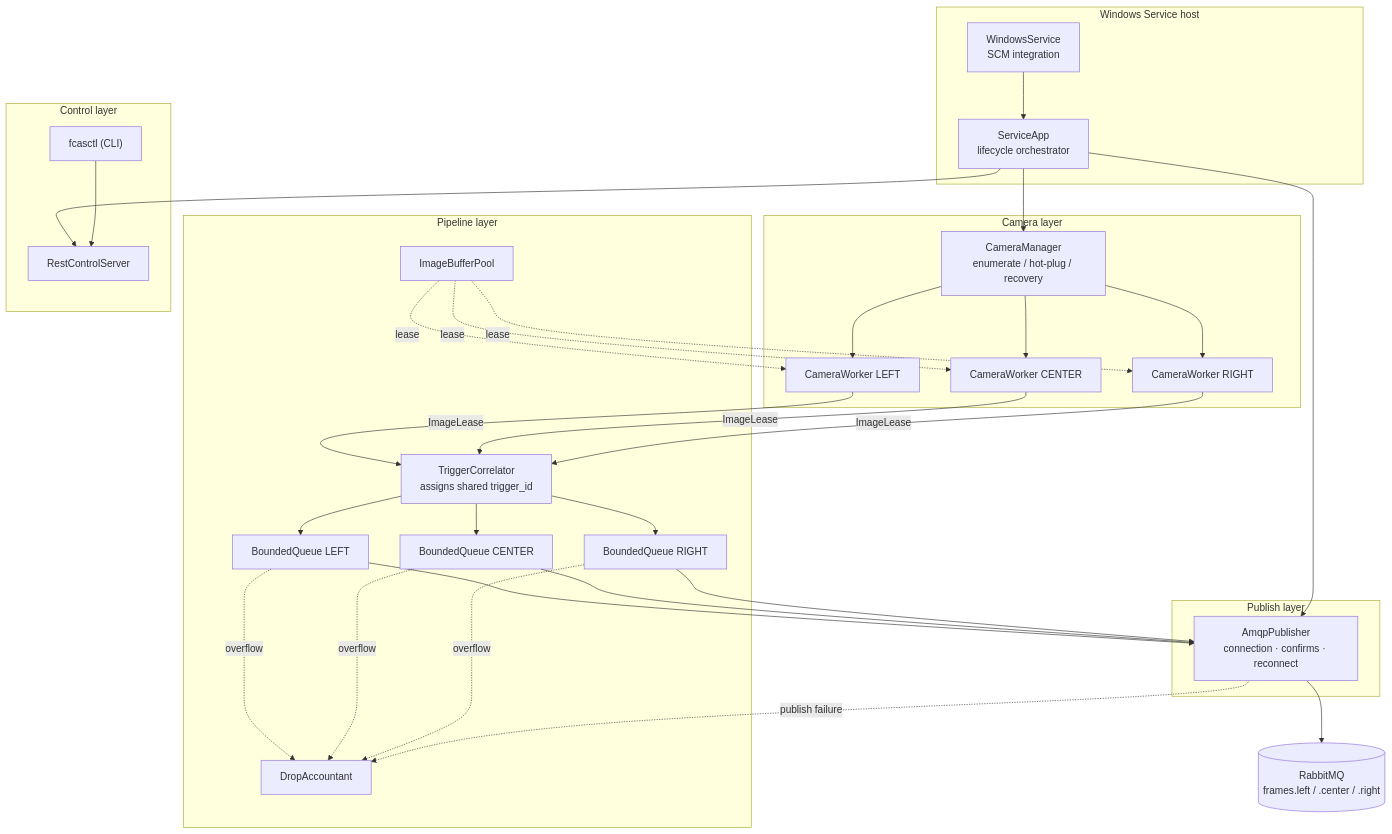
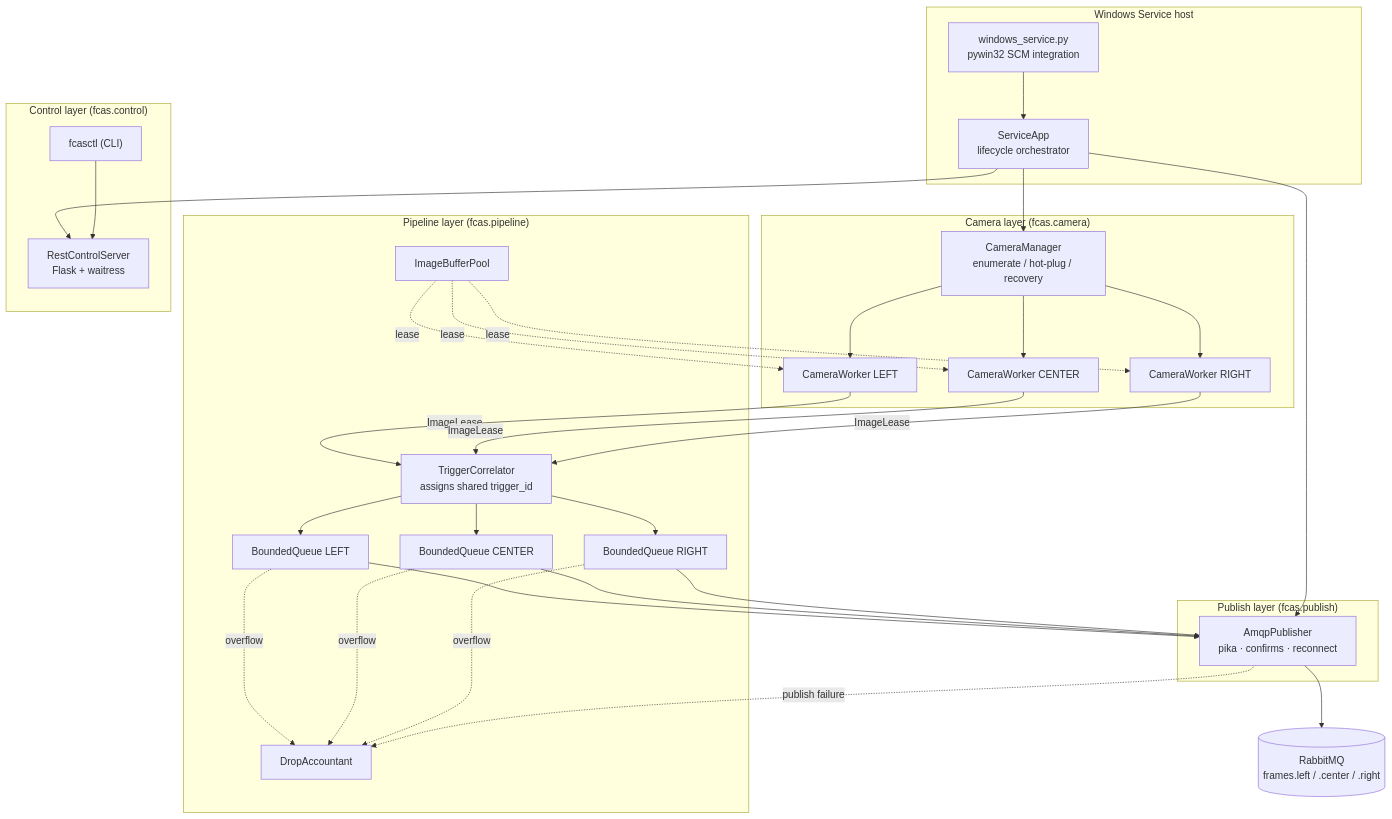
Before and after one commit to masruk/FabricInspection: the first of 4 diagrams in Documents/SDD-camera-acquisition-service.md, drawn with Mermaid. The commit also changed other lines of this file and 23 other files, not shown here.

````diff
--- a/Documents/SDD-camera-acquisition-service.md
+++ b/Documents/SDD-camera-acquisition-service.md
@@ -46,46 +55,46 @@
 ```mermaid
 flowchart TB
     subgraph SVC["Windows Service host"]
-        SCM["WindowsService<br/>SCM integration"]
+        SCM["windows_service.py<br/>pywin32 SCM integration"]
         APP["ServiceApp<br/>lifecycle orchestrator"]
     end
 
-    subgraph CAM["Camera layer"]
+    subgraph CAM["Camera layer (fcas.camera)"]
         MGR["CameraManager<br/>enumerate / hot-plug / recovery"]
         W1["CameraWorker LEFT"]
         W2["CameraWorker CENTER"]
         W3["CameraWorker RIGHT"]
     end
 
-    subgraph PIPE["Pipeline layer"]
+    subgraph PIPE["Pipeline layer (fcas.pipeline)"]
         COR["TriggerCorrelator<br/>assigns shared trigger_id"]
         Q1["BoundedQueue LEFT"]
         Q2["BoundedQueue CENTER"]
         Q3["BoundedQueue RIGHT"]
         POOL["ImageBufferPool"]
         DROP["DropAccountant"]
     end
 
-    subgraph PUB["Publish layer"]
-        AMQP["AmqpPublisher<br/>connection · confirms · reconnect"]
+    subgraph PUB["Publish layer (fcas.publish)"]
+        AMQP["AmqpPublisher<br/>pika · confirms · reconnect"]
     end
 
-    subgraph CTL["Control layer"]
-        REST["RestControlServer"]
+    subgraph CTL["Control layer (fcas.control)"]
+        REST["RestControlServer<br/>Flask + waitress"]
         CLI["fcasctl (CLI)"]
     end
 
     BROKER[("RabbitMQ<br/>frames.left / .center / .right")]
 
     SCM --> APP
     APP --> MGR & AMQP & REST
     MGR --> W1 & W2 & W3
     POOL -.->|lease| W1 & W2 & W3
     W1 & W2 & W3 -->|ImageLease| COR
     COR --> Q1 & Q2 & Q3
     Q1 & Q2 & Q3 --> AMQP
     Q1 & Q2 & Q3 -.->|overflow| DROP
     AMQP -.->|publish failure| DROP
     AMQP --> BROKER
     CLI --> REST
 ```
````
